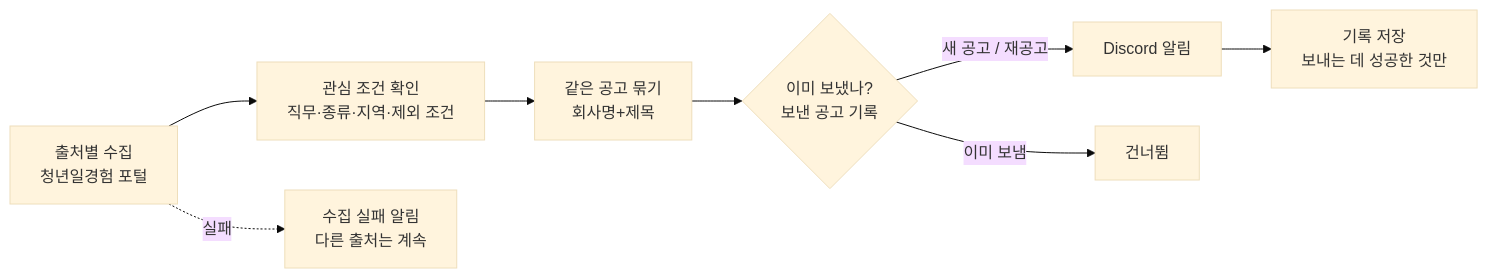
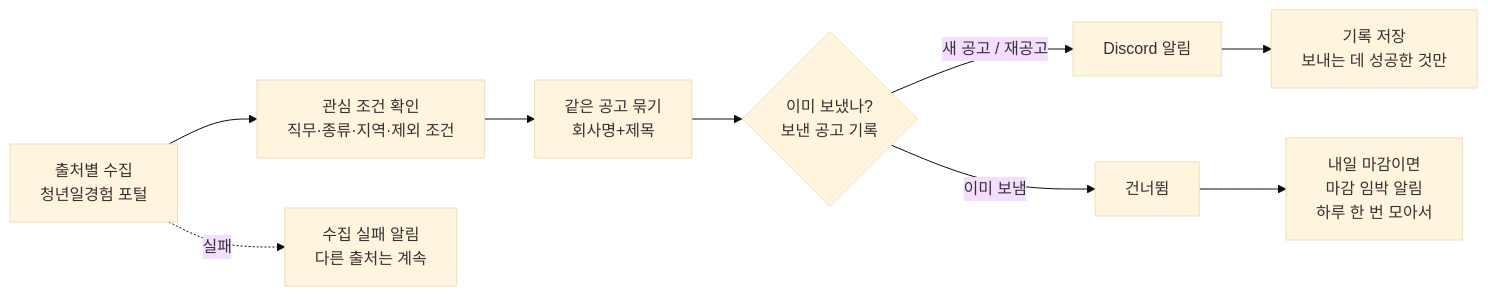
The diagram in README.md (Chjjh605/job-alert-bot), drawn with Mermaid (base theme) before and after one commit. The commit also changed other lines of this file and 7 other files, not shown here.

````diff
--- a/README.md
+++ b/README.md
@@ -19,10 +19,11 @@
 ```mermaid
 flowchart LR
   A[출처별 수집<br/>청년일경험 포털] --> B[관심 조건 확인<br/>직무·종류·지역·제외 조건]
   B --> C[같은 공고 묶기<br/>회사명+제목]
   C --> D{이미 보냈나?<br/>보낸 공고 기록}
   D -- 새 공고 / 재공고 --> E[Discord 알림]
   D -- 이미 보냄 --> F[건너뜀]
+  F --> R[내일 마감이면<br/>마감 임박 알림<br/>하루 한 번 모아서]
   E --> G[기록 저장<br/>보내는 데 성공한 것만]
   A -. 실패 .-> H[수집 실패 알림<br/>다른 출처는 계속]
 ```
````
